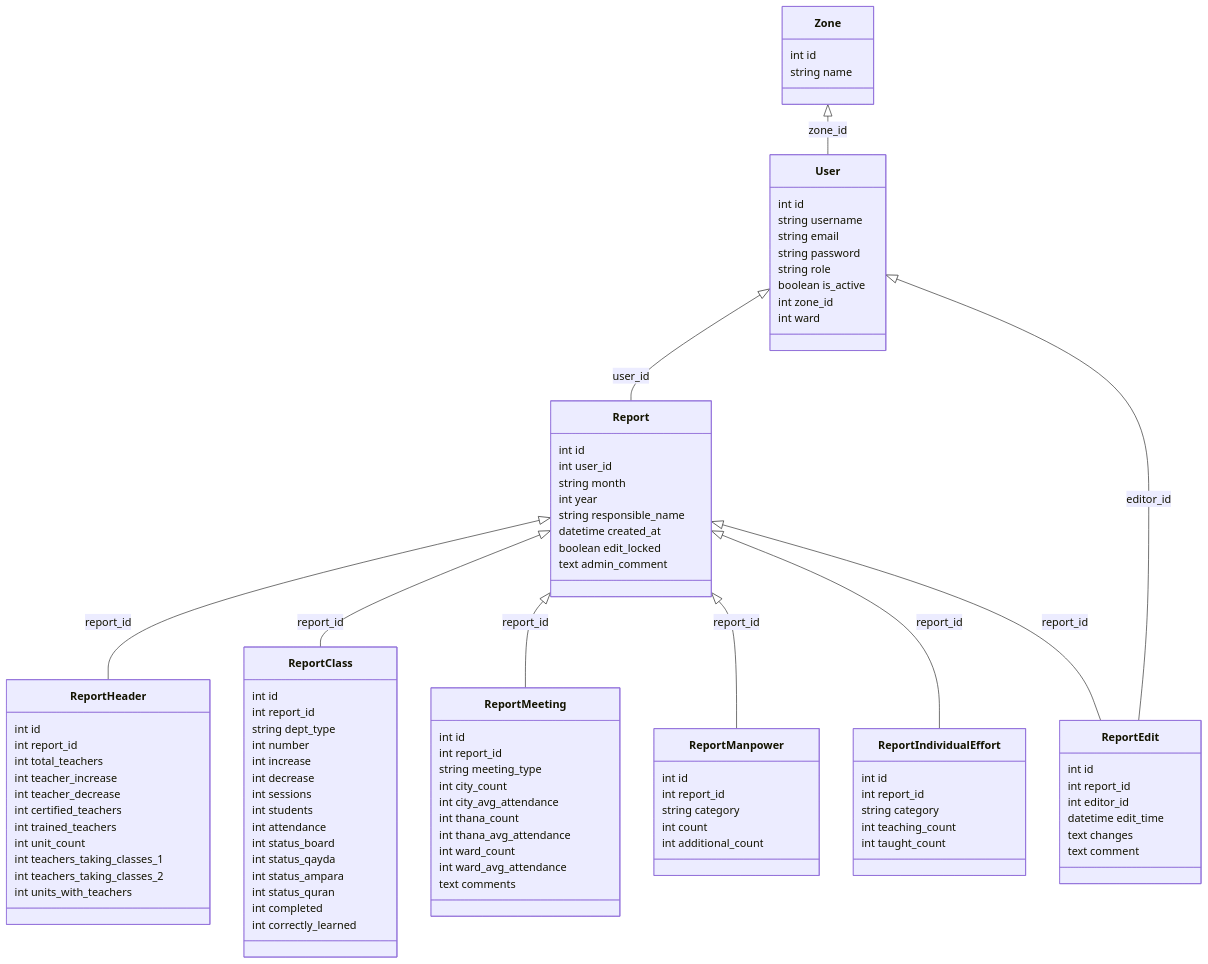
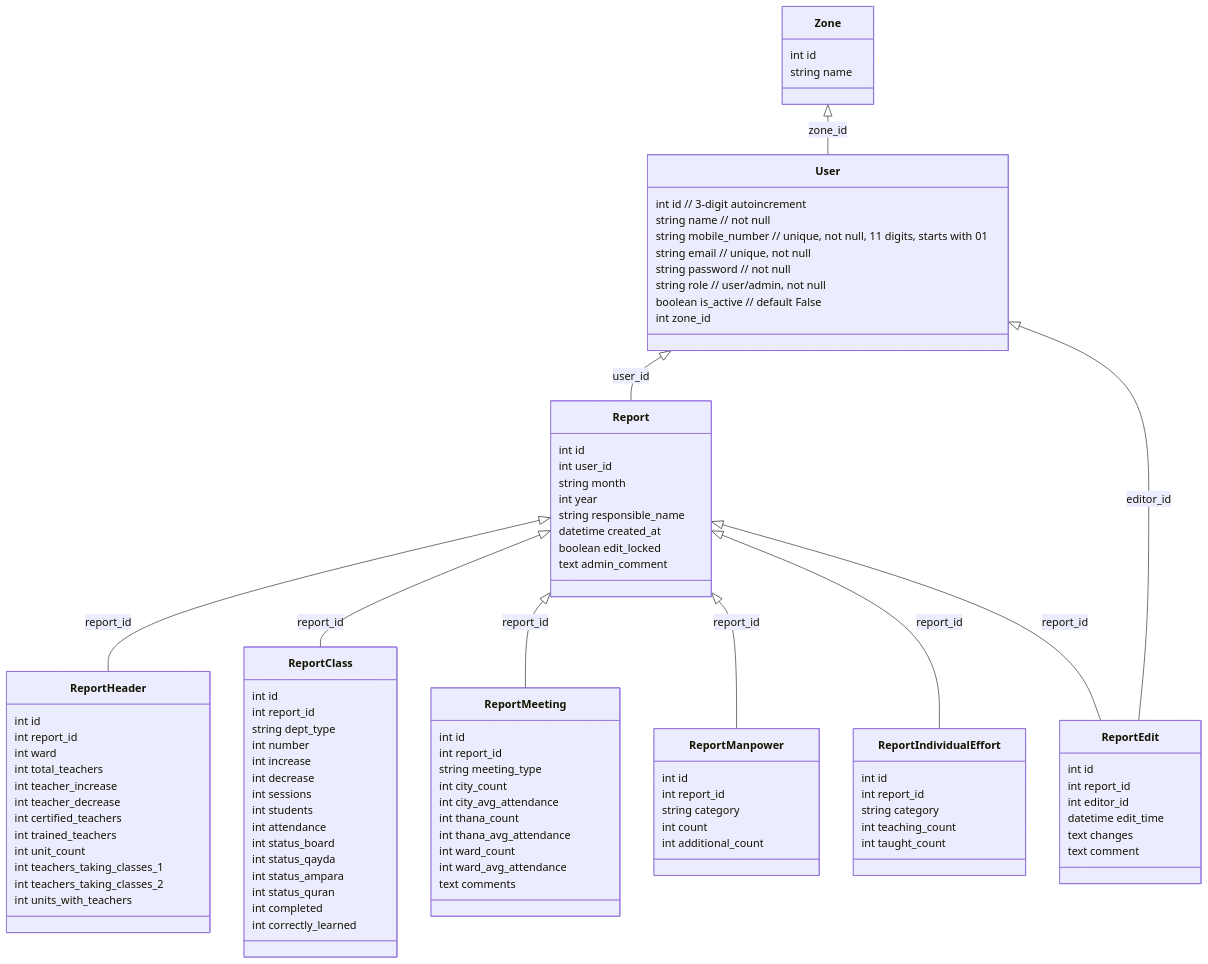
Before and after one commit to Jabir-A-H/report-submission: the first of 3 diagrams in DATABASE_MODEL.md, drawn with Mermaid. The commit also changed other lines of this file and 9 other files, not shown here.

```diff
--- a/DATABASE_MODEL.md
+++ b/DATABASE_MODEL.md
@@ -19,14 +19,14 @@
         string name
     }
     class User {
-        int id
-        string username
-        string email
-        string password
-        string role
-        boolean is_active
+        int id // 3-digit autoincrement
+        string name // not null
+        string mobile_number // unique, not null, 11 digits, starts with 01
+        string email // unique, not null
+        string password // not null
+        string role // user/admin, not null
+        boolean is_active // default False
         int zone_id
-        int ward
     }
     class Report {
         int id
@@ -41,6 +41,7 @@
     class ReportHeader {
         int id
         int report_id
+        int ward
         int total_teachers
         int teacher_increase
         int teacher_decrease
```
